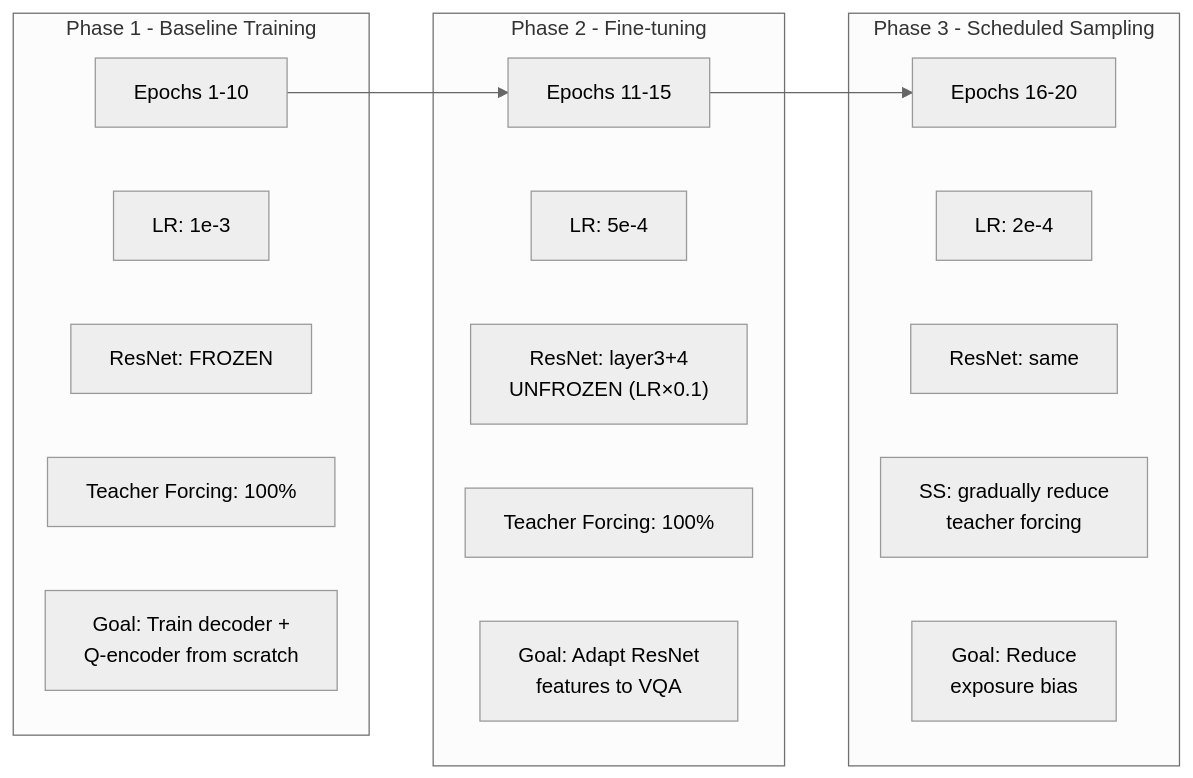
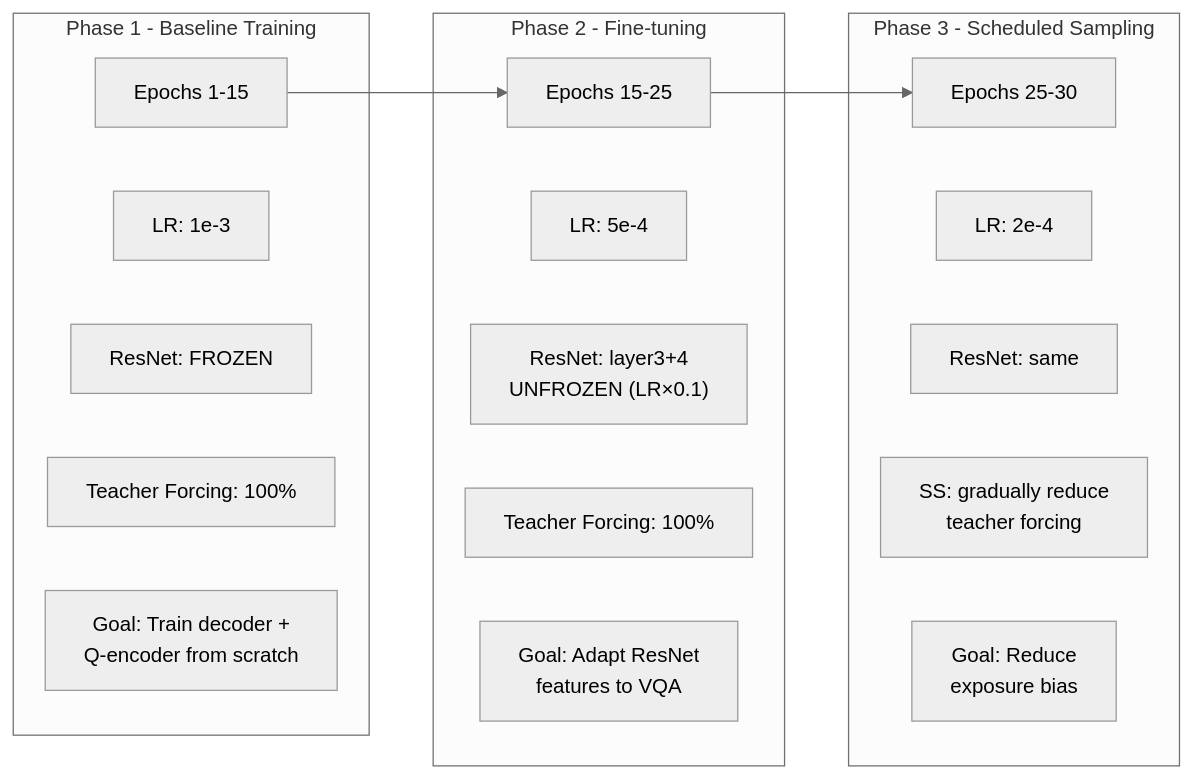
One commit to Anakonkai01/new_vqa changed the seventh of 7 diagrams in REPORT.md. Above: the diagram before and after it, drawn with Mermaid (neutral theme). The commit also changed other lines of this file, not shown here.

````diff
--- a/REPORT.md
+++ b/REPORT.md
@@ -765,28 +765,28 @@
 ```mermaid
 graph LR
     subgraph Phase 1 - Baseline Training
-        P1A["Epochs 1-10"]
+        P1A["Epochs 1-15"]
         P1B["LR: 1e-3"]
         P1C["ResNet: FROZEN"]
         P1D["Teacher Forcing: 100%"]
         P1E["Goal: Train decoder +<br/>Q-encoder from scratch"]
     end
 
     subgraph Phase 2 - Fine-tuning
-        P2A["Epochs 11-15"]
+        P2A["Epochs 15-25"]
         P2B["LR: 5e-4"]
         P2C["ResNet: layer3+4<br/>UNFROZEN (LR×0.1)"]
         P2D["Teacher Forcing: 100%"]
         P2E["Goal: Adapt ResNet<br/>features to VQA"]
     end
 
     subgraph Phase 3 - Scheduled Sampling
-        P3A["Epochs 16-20"]
+        P3A["Epochs 25-30"]
         P3B["LR: 2e-4"]
         P3C["ResNet: same"]
         P3D["SS: gradually reduce<br/>teacher forcing"]
         P3E["Goal: Reduce<br/>exposure bias"]
     end
 
     P1A --> P2A --> P3A
 ```
````
